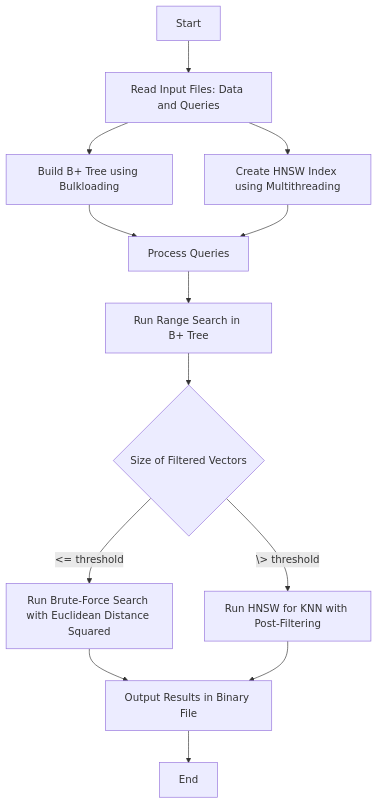
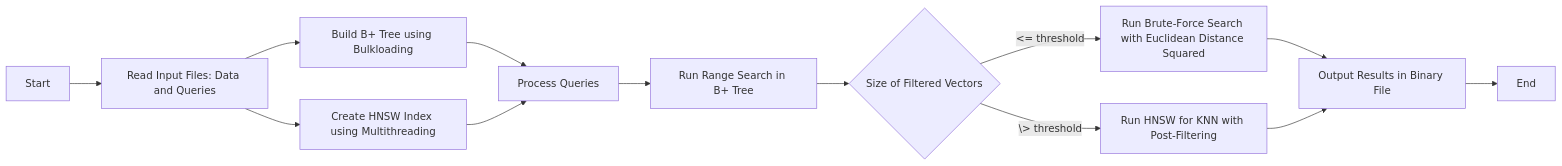
One commit to imanerh/BPlusVectorSearch changed the diagram in README.md. Above: the diagram before and after it, drawn with Mermaid. The commit also changed other lines of this file and 7 other files, not shown here.

````diff
--- a/README.md
+++ b/README.md
@@ -117,15 +119,15 @@
 ```mermaid
-flowchart TD
+flowchart LR
     A[Start] --> B[Read Input Files: Data and Queries]
     B --> D[Build B+ Tree using Bulkloading]
     B --> E[Create HNSW Index using Multithreading]
     D --> F[Process Queries]
     E --> F[Process Queries]
     F --> G[Run Range Search in B+ Tree]
     G --> I{Size of Filtered Vectors}
     I -->|<= threshold| J[Run Brute-Force Search with Euclidean Distance Squared]
     I -->|\> threshold| K[Run HNSW for KNN with Post-Filtering]
     J --> L[Output Results in Binary File]
     K --> L[Output Results in Binary File]
     L --> M[End]
 ```
````
